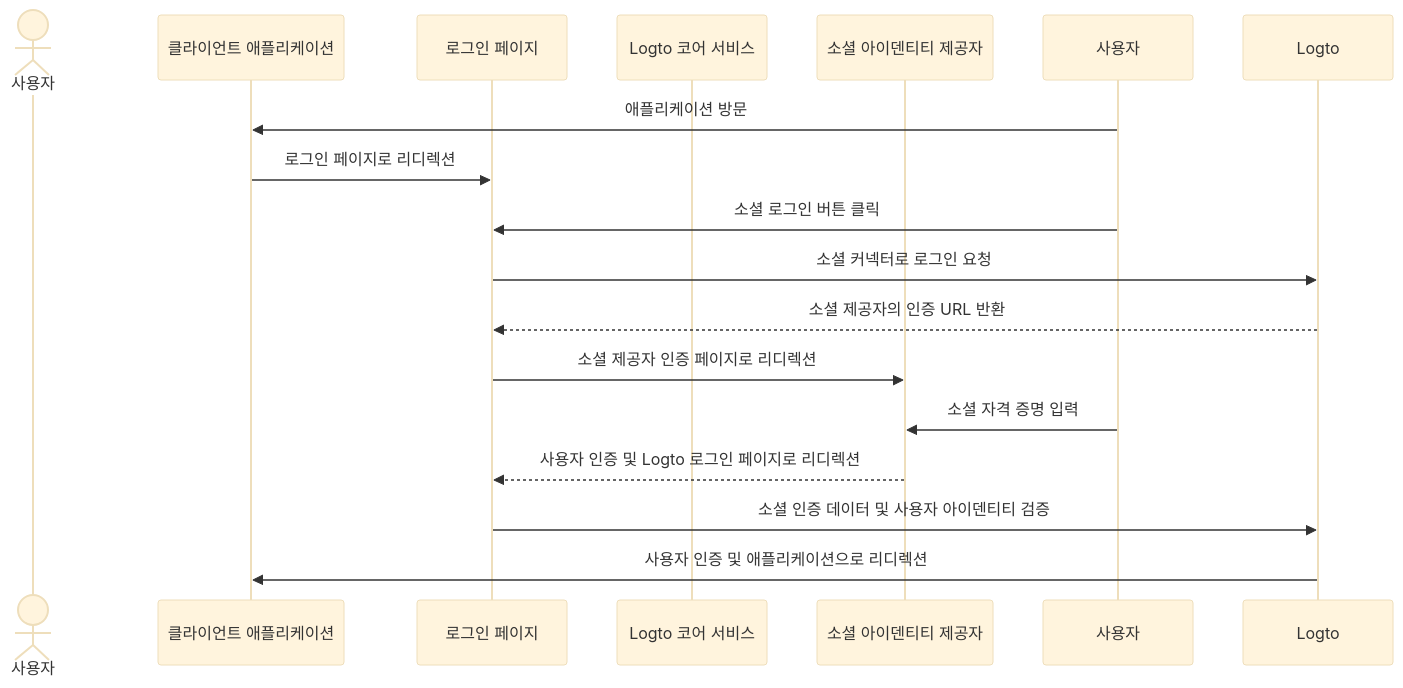
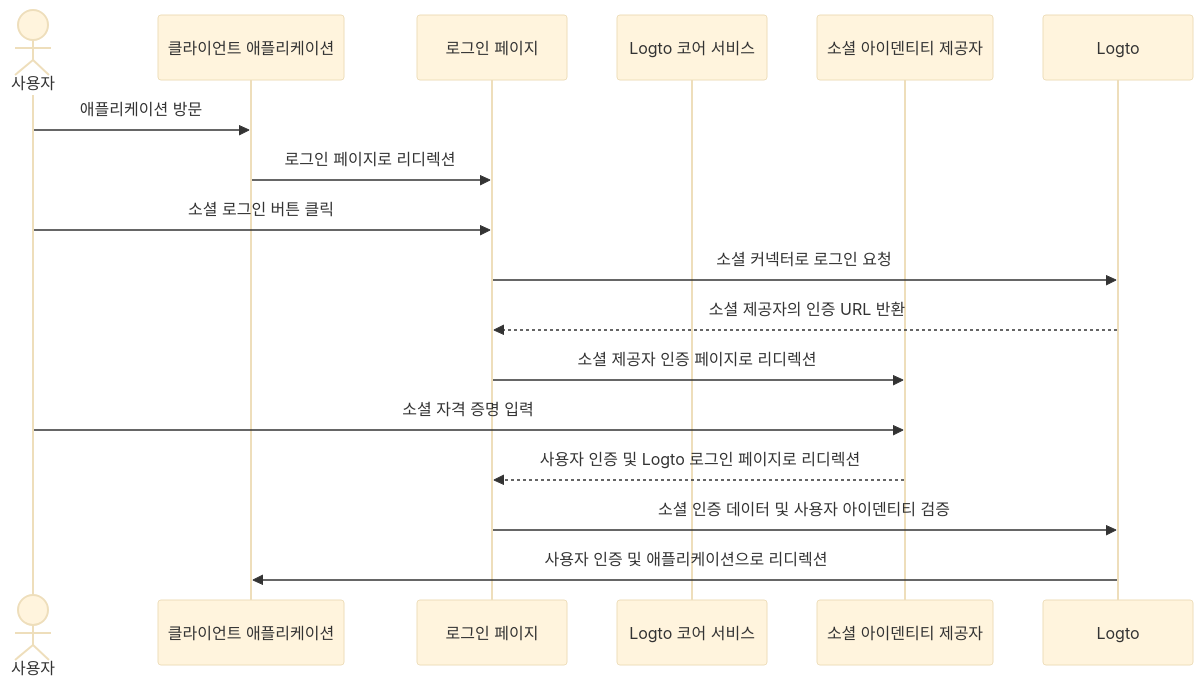
The first of 6 diagrams in i18n/ko/docusaurus-plugin-content-docs/current/end-user-flows/sign-up-and-sign-in/social-sign-in.mdx (logto-io/docs), drawn with Mermaid (base theme) before and after one commit. The commit also changed other lines of this file and 67 other files, not shown here.

````diff
--- a/i18n/ko/docusaurus-plugin-content-docs/current/end-user-flows/sign-up-and-sign-in/social-sign-in.mdx
+++ b/i18n/ko/docusaurus-plugin-content-docs/current/end-user-flows/sign-up-and-sign-in/social-sign-in.mdx
@@ -42,19 +42,19 @@
 ```mermaid
 sequenceDiagram
     actor user as 사용자
     participant app as 클라이언트 애플리케이션
     participant experience as 로그인 페이지
     participant logto as Logto 코어 서비스
     participant social as 소셜 아이덴티티 제공자
 
-    사용자->>app: 애플리케이션 방문
+    user->>app: 애플리케이션 방문
     app->>experience: 로그인 페이지로 리디렉션
-    사용자->>experience: 소셜 로그인 버튼 클릭
+    user->>experience: 소셜 로그인 버튼 클릭
     experience->>Logto: 소셜 커넥터로 로그인 요청
     Logto-->>experience: 소셜 제공자의 인증 URL 반환
     experience->>social: 소셜 제공자 인증 페이지로 리디렉션
-    사용자->>social: 소셜 자격 증명 입력
+    user->>social: 소셜 자격 증명 입력
     social-->>experience: 사용자 인증 및 Logto 로그인 페이지로 리디렉션
     experience->>Logto: 소셜 인증 데이터 및 사용자 아이덴티티 검증
     Logto->>app: 사용자 인증 및 애플리케이션으로 리디렉션
 ```
````
